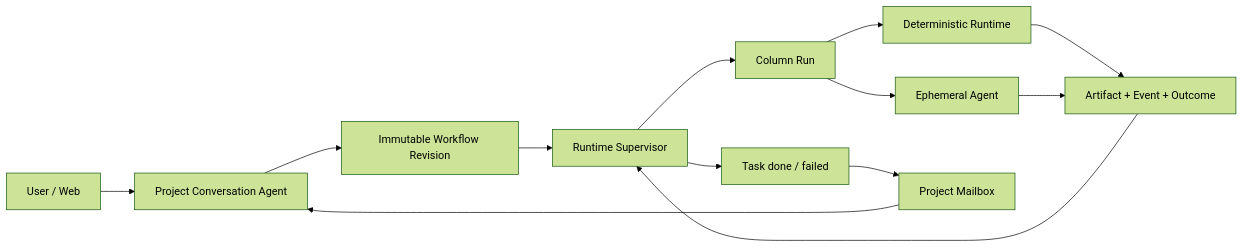
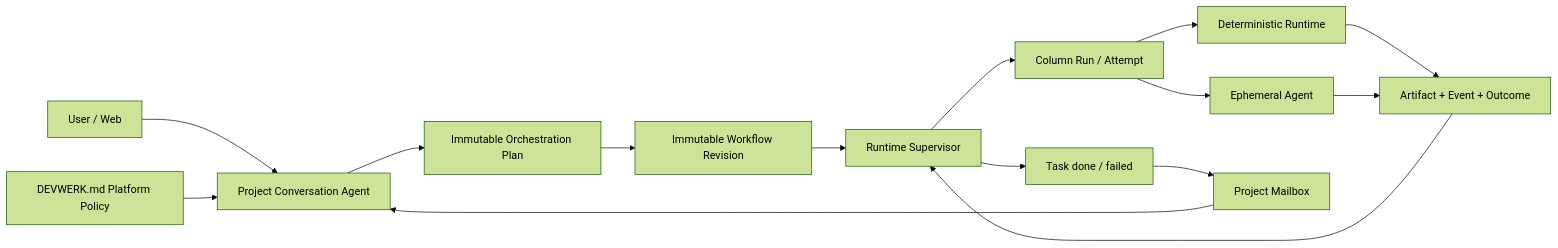
One commit to zanghongtu2006/DevWerk changed the diagram in DevWerk/README.md. Above: the diagram before and after it, drawn with Mermaid (forest theme). The commit also changed other lines of this file and 62 other files, not shown here.

````diff
--- a/DevWerk/README.md
+++ b/DevWerk/README.md
@@ -16,15 +20,17 @@
 ```mermaid
 flowchart LR
     U["User / Web"] --> C["Project Conversation Agent"]
-    C --> W["Immutable Workflow Revision"]
+    P["DEVWERK.md Platform Policy"] --> C
+    C --> O["Immutable Orchestration Plan"]
+    O --> W["Immutable Workflow Revision"]
     W --> S["Runtime Supervisor"]
-    S --> R["Column Run"]
+    S --> R["Column Run / Attempt"]
     R --> D["Deterministic Runtime"]
     R --> A["Ephemeral Agent"]
     D --> E["Artifact + Event + Outcome"]
     A --> E
     E --> S
     S --> T["Task done / failed"]
     T --> M["Project Mailbox"]
     M --> C
 ```
````
